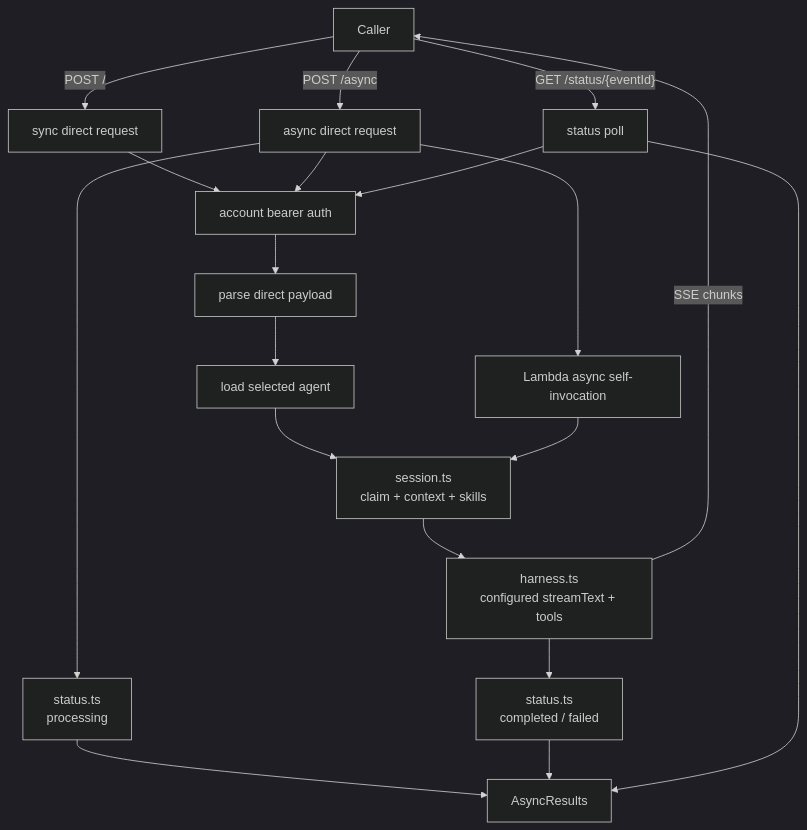
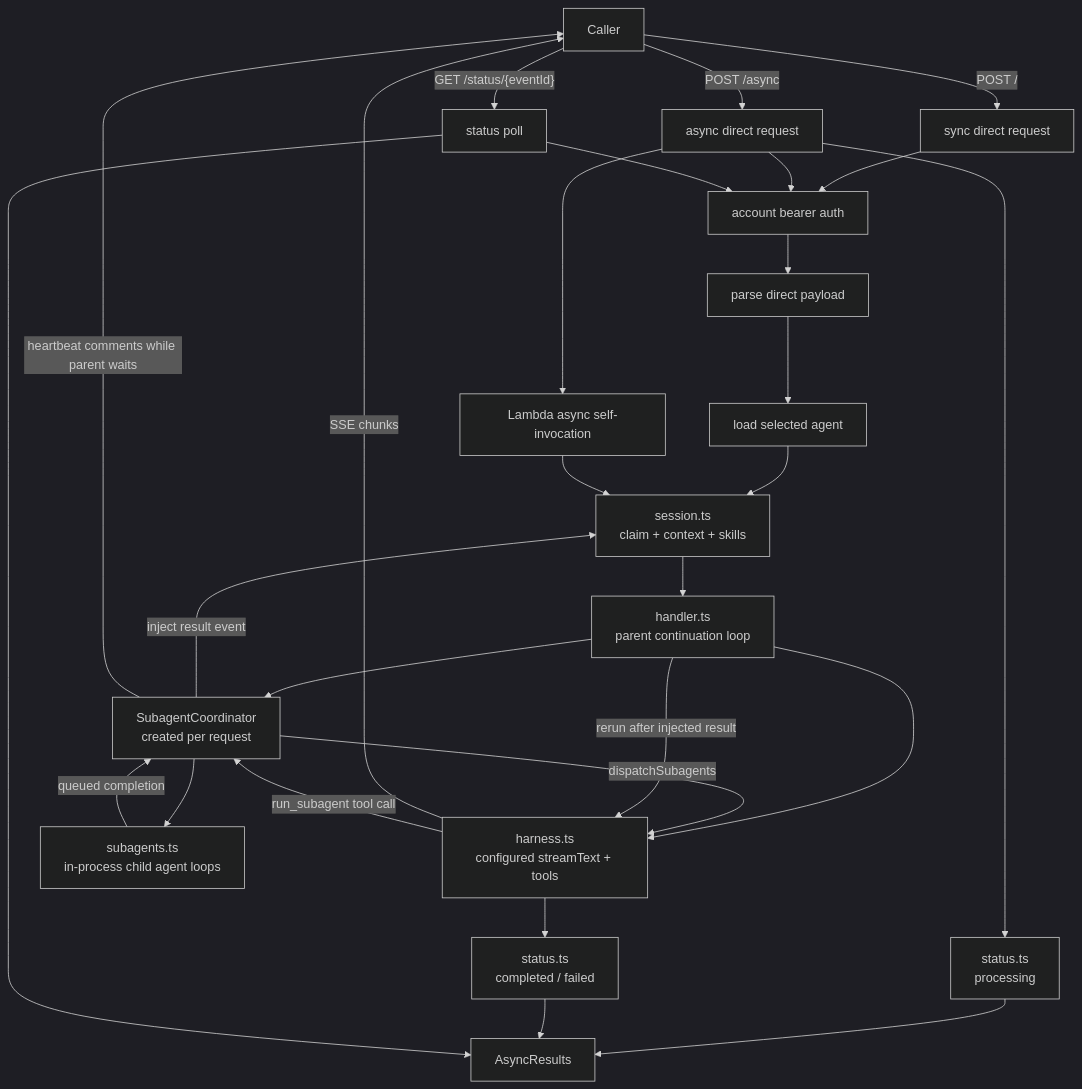
The fifth of 7 diagrams in docs/architecture.md (beeblastco/broods), drawn with Mermaid (dark theme) before and after one commit. The commit also changed other lines of this file and 38 other files, not shown here.

First line of the commit message:
Add in-process subagent dispatch

````diff
--- a/docs/architecture.md
+++ b/docs/architecture.md
@@ -115,24 +118,33 @@
 ```mermaid
 flowchart TD
   Caller["Caller"] -->|"POST /"| Sync["sync direct request"]
   Caller -->|"POST /async"| Async["async direct request"]
 
   Sync --> Auth["account bearer auth"]
   Async --> Auth
   Auth --> Parse["parse direct payload"]
   Parse --> AgentLookup["load selected agent"]
   AgentLookup --> Session["session.ts<br/>claim + context + skills"]
-  Session --> Agent["harness.ts<br/>configured streamText + tools"]
+  Session --> HandlerLoop["handler.ts<br/>parent continuation loop"]
+  HandlerLoop --> Coordinator["SubagentCoordinator<br/>created per request"]
+  HandlerLoop --> Agent["harness.ts<br/>configured streamText + tools"]
+  Coordinator -->|"dispatchSubagents"| Agent
   Agent -->|"SSE chunks"| Caller
+  Agent -->|"run_subagent tool call"| Coordinator
+  Coordinator --> ChildRuns["subagents.ts<br/>in-process child agent loops"]
+  ChildRuns -->|"queued completion"| Coordinator
+  Coordinator -->|"inject result event"| Session
+  Coordinator -->|"heartbeat comments while parent waits"| Caller
+  HandlerLoop -->|"rerun after injected result"| Agent
 
   Async --> Pending["status.ts<br/>processing"]
   Pending --> AsyncTable["AsyncResults"]
   Async --> SelfInvoke["Lambda async self-invocation"]
   SelfInvoke --> Session
   Agent --> Complete["status.ts<br/>completed / failed"]
   Complete --> AsyncTable
 
   Caller -->|"GET /status/{eventId}"| Status["status poll"]
   Status --> Auth
   Status --> AsyncTable
 ```
````
